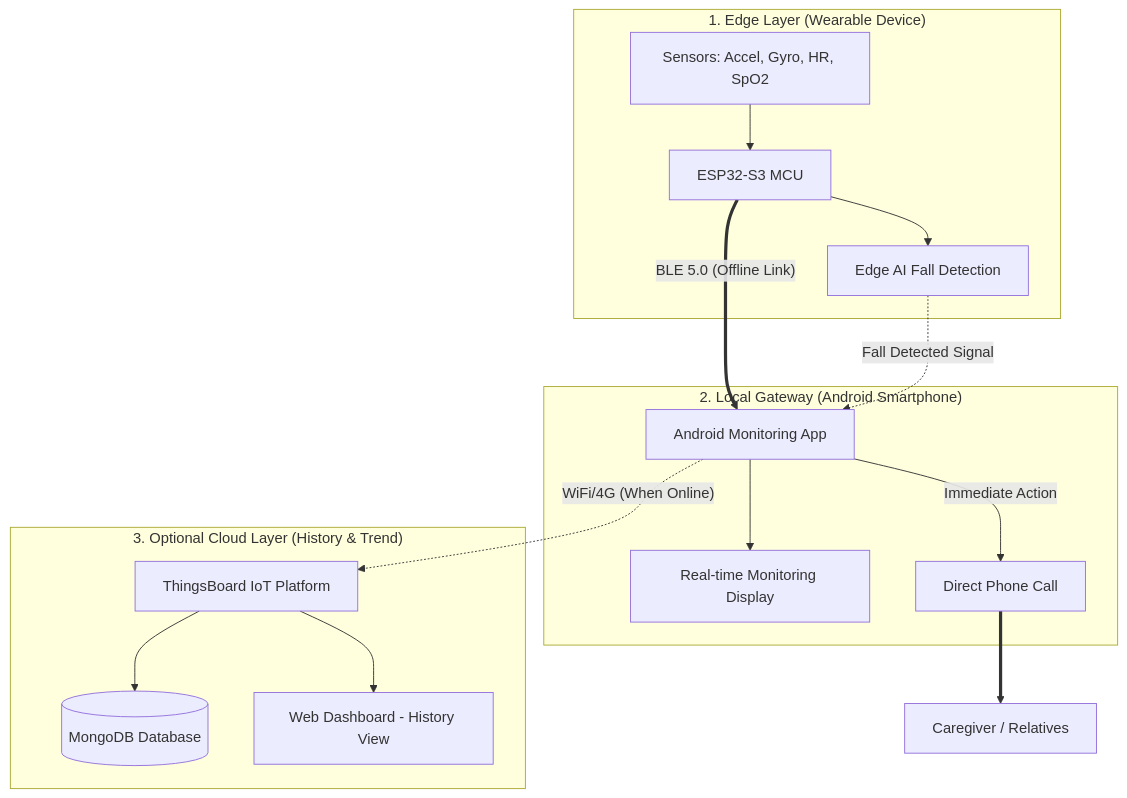
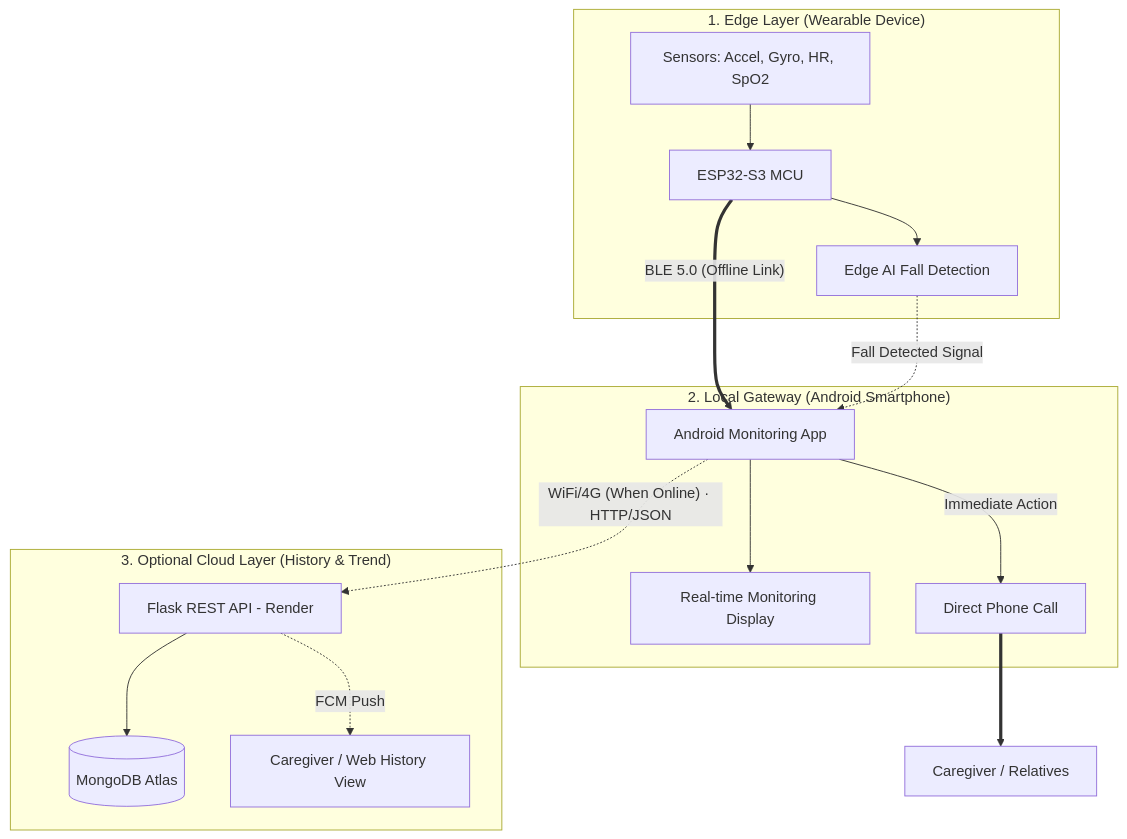
The diagram in System_Architecture/ARCHITECTURE_OVERVIEW.md (Zinex-23/edge-aiot-wearable-elderly-safety-monitoring), drawn with Mermaid before and after one commit. The commit also changed other lines of this file and 27 other files, not shown here.

````diff
--- a/System_Architecture/ARCHITECTURE_OVERVIEW.md
+++ b/System_Architecture/ARCHITECTURE_OVERVIEW.md
@@ -7,22 +7,22 @@
 ```mermaid
 graph TD
     subgraph "1. Edge Layer (Wearable Device)"
         A[Sensors: Accel, Gyro, HR, SpO2] --> B[ESP32-S3 MCU]
         B --> C[Edge AI Fall Detection]
     end
 
     subgraph "2. Local Gateway (Android Smartphone)"
         B == "BLE 5.0 (Offline Link)" ==> D[Android Monitoring App]
         D --> E[Real-time Monitoring Display]
         C -. "Fall Detected Signal" .-> D
         D -- "Immediate Action" --> F[Direct Phone Call]
     end
 
     subgraph "3. Optional Cloud Layer (History & Trend)"
-        D -. "WiFi/4G (When Online)" .-> G[ThingsBoard IoT Platform]
-        G --> H[(MongoDB Database)]
-        G --> I[Web Dashboard - History View]
+        D -. "WiFi/4G (When Online) · HTTP/JSON" .-> G[Flask REST API - Render]
+        G --> H[(MongoDB Atlas)]
+        G -. "FCM Push" .-> I[Caregiver / Web History View]
     end
 
     F ==> J[Caregiver / Relatives]
 ```
````
